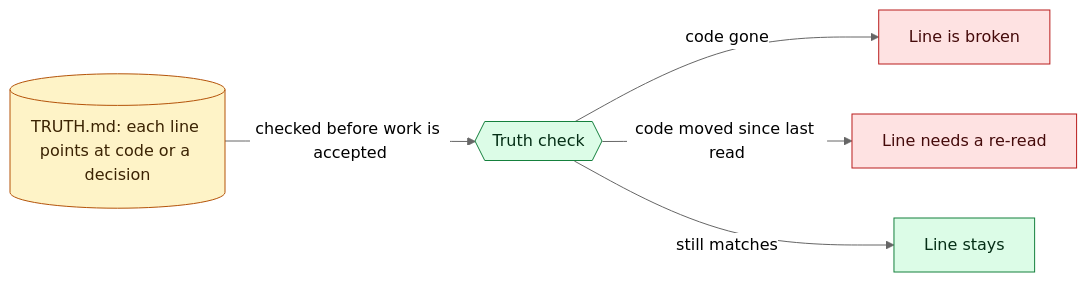
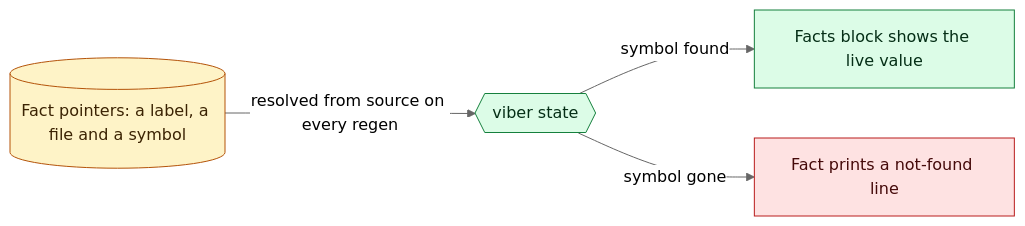
Before and after one commit to dangnhh92/viber-harness: the fourth of 4 diagrams in README.md, drawn with Mermaid (neutral theme). The commit also changed other lines of this file and 11 other files, not shown here.

````diff
--- a/README.md
+++ b/README.md
@@ -117,13 +116,12 @@
 ```mermaid
 flowchart LR
-    T[(TRUTH.md: each line points at code or a decision)] -->|checked before work is accepted| C{{Truth check}}
-    C -->|code gone| X[Line is broken]
-    C -->|code moved since last read| U[Line needs a re-read]
-    C -->|still matches| K[Line stays]
+    F[(Fact pointers: a label, a file and a symbol)] -->|resolved from source on every regen| S{{viber state}}
+    S -->|symbol found| V[Facts block shows the live value]
+    S -->|symbol gone| X[Fact prints a not-found line]
     classDef store fill:#fef3c7,stroke:#b45309,color:#3b2303
     classDef check fill:#dcfce7,stroke:#15803d,color:#052e16
     classDef bad fill:#fee2e2,stroke:#b91c1c,color:#450a0a
-    class T store
-    class C,K check
-    class X,U bad
+    class F store
+    class S,V check
+    class X bad
 ```
````
